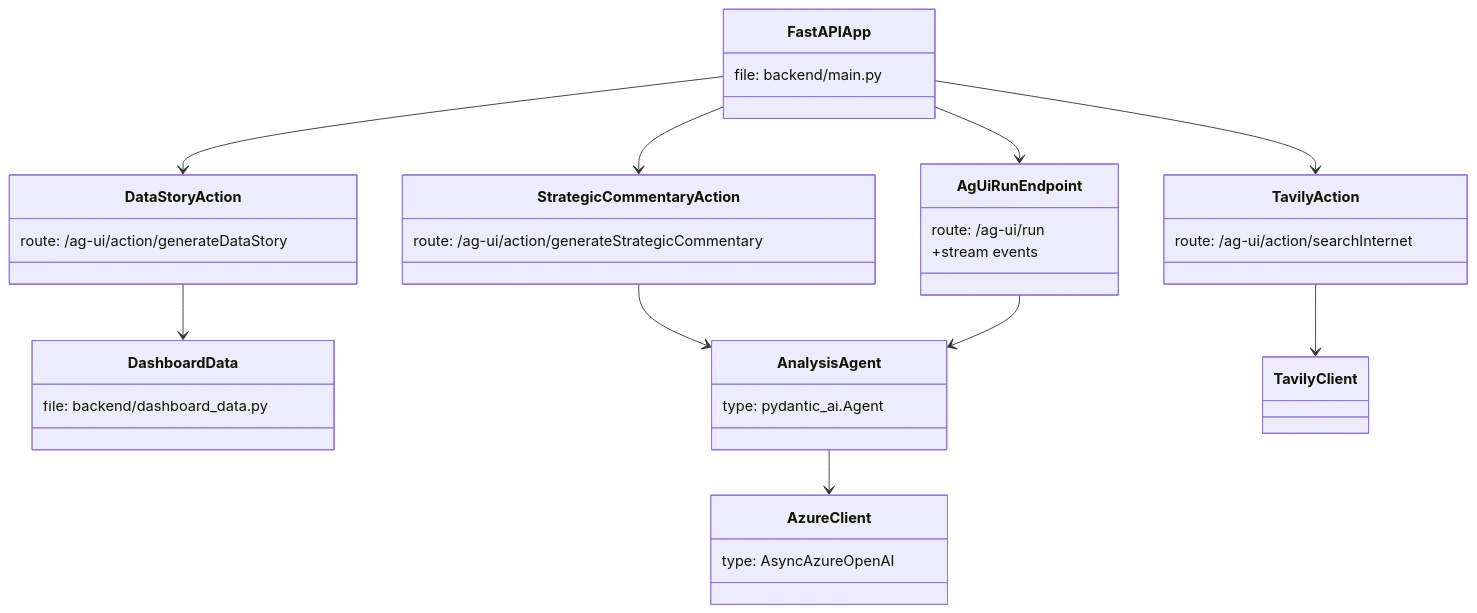
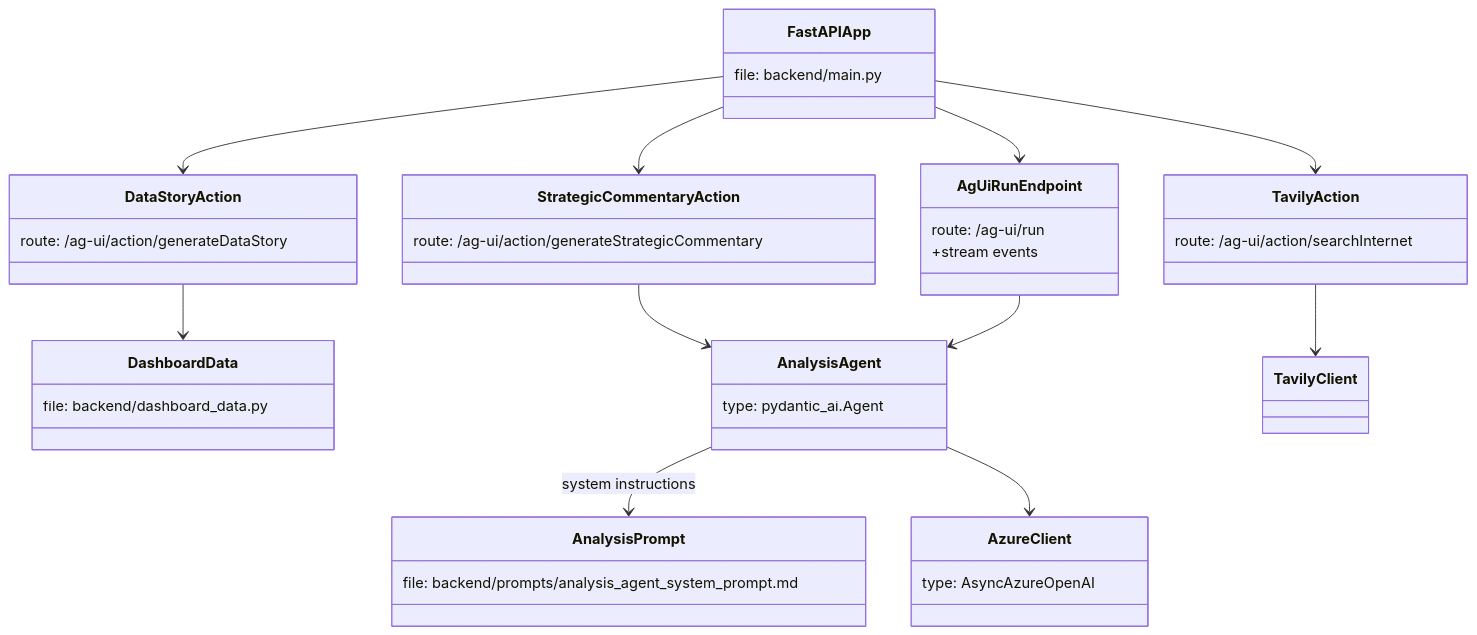
The second of 6 diagrams in examples/copilot-chat-with-your-data/frontend/design-specs/technical_design_spec.md (chris-han/CopilotKit), drawn with Mermaid before and after one commit. The commit also changed other lines of this file and 10 other files, not shown here.

````diff
--- a/examples/copilot-chat-with-your-data/frontend/design-specs/technical_design_spec.md
+++ b/examples/copilot-chat-with-your-data/frontend/design-specs/technical_design_spec.md
@@ -78,37 +74,41 @@
 ```mermaid
 classDiagram
     class FastAPIApp {
         file: backend/main.py
     }
     class AgUiRunEndpoint {
         route: /ag-ui/run
         +stream events
     }
     class StrategicCommentaryAction {
         route: /ag-ui/action/generateStrategicCommentary
     }
     class DataStoryAction {
         route: /ag-ui/action/generateDataStory
     }
     class TavilyAction {
         route: /ag-ui/action/searchInternet
     }
     class DashboardData {
         file: backend/dashboard_data.py
     }
     class AnalysisAgent {
         type: pydantic_ai.Agent
     }
+    class AnalysisPrompt {
+        file: backend/prompts/analysis_agent_system_prompt.md
+    }
     class AzureClient {
         type: AsyncAzureOpenAI
     }
     FastAPIApp --> AgUiRunEndpoint
     FastAPIApp --> StrategicCommentaryAction
     FastAPIApp --> DataStoryAction
     FastAPIApp --> TavilyAction
     StrategicCommentaryAction --> AnalysisAgent
     DataStoryAction --> DashboardData
+    AnalysisAgent --> AnalysisPrompt : system instructions
     AgUiRunEndpoint --> AnalysisAgent
     AnalysisAgent --> AzureClient
     TavilyAction --> TavilyClient
 ```
````
